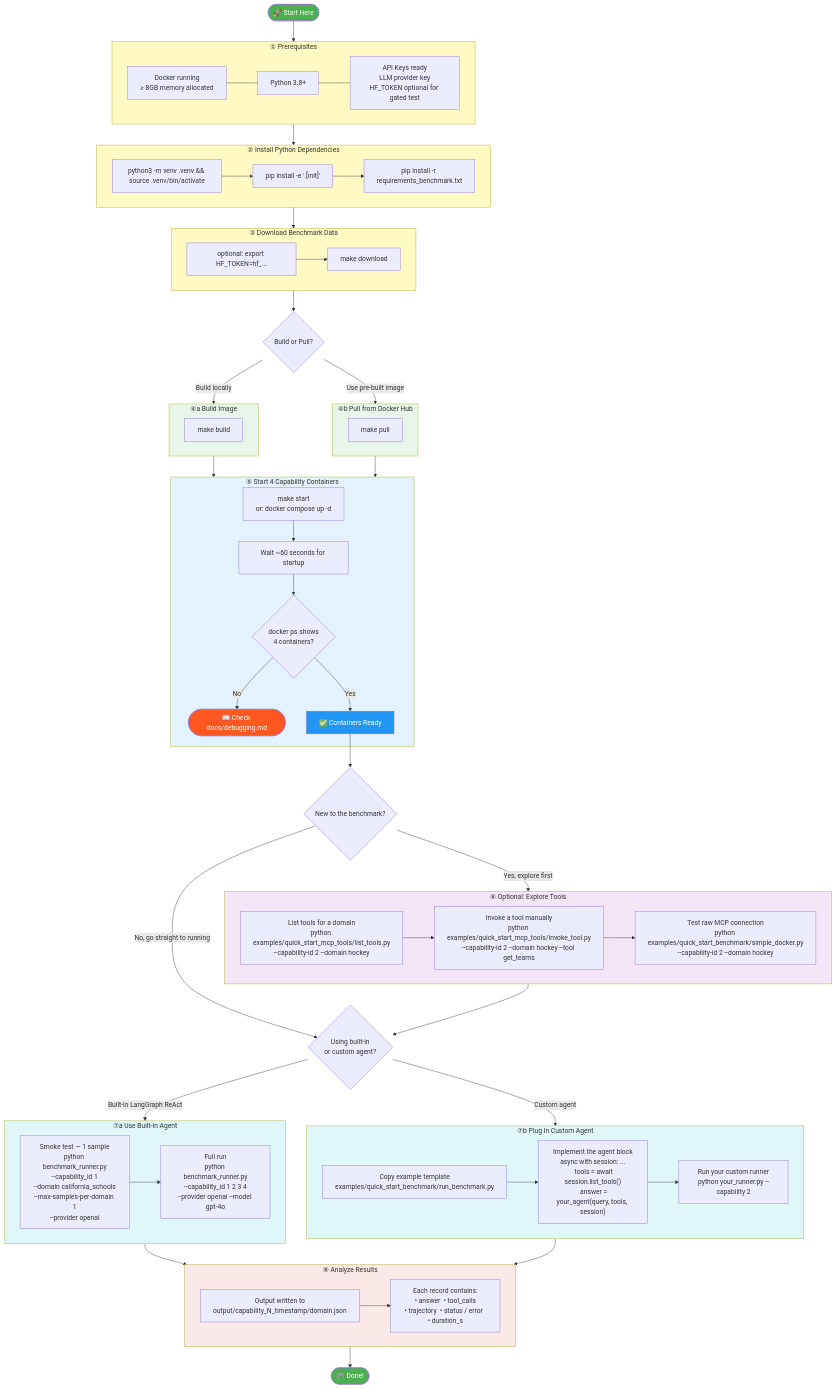
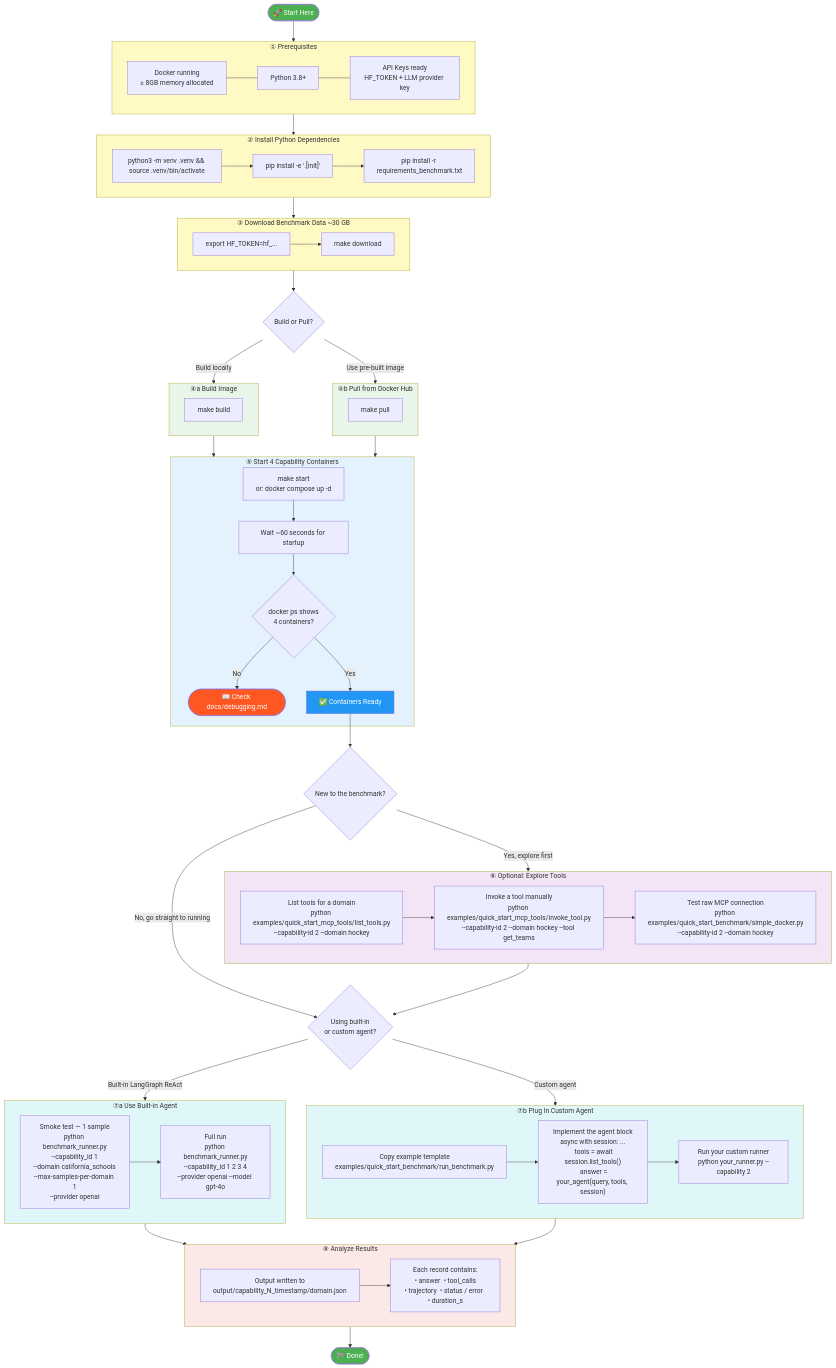
The diagram in docs/benchmark_runner_guide.md (IBM/vakra), drawn with Mermaid before and after one commit. The commit also changed other lines of this file and 7 other files, not shown here.

Commit message:
Require HF token for data download and e2e setup

```diff
--- a/docs/benchmark_runner_guide.md
+++ b/docs/benchmark_runner_guide.md
@@ -13,7 +13,7 @@
     subgraph PREREQ["① Prerequisites"]
         P1[Docker running\n≥ 8GB memory allocated]
         P2[Python 3.8+]
-        P3[API Keys ready\nLLM provider key\nHF_TOKEN optional for gated test]
+        P3[API Keys ready\nHF_TOKEN + LLM provider key]
         P1 --- P2 --- P3
     end
 
@@ -28,8 +28,8 @@
 
     INSTALL --> DATA
 
-    subgraph DATA["③ Download Benchmark Data"]
-        D1["optional: export HF_TOKEN=hf_..."]
+    subgraph DATA["③ Download Benchmark Data  ~30 GB"]
+        D1["export HF_TOKEN=hf_..."]
         D2["make download"]
         D1 --> D2
     end
```
